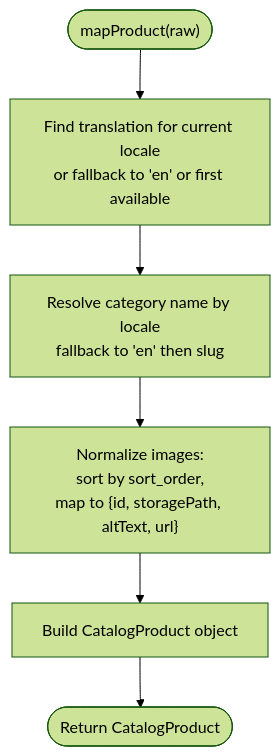
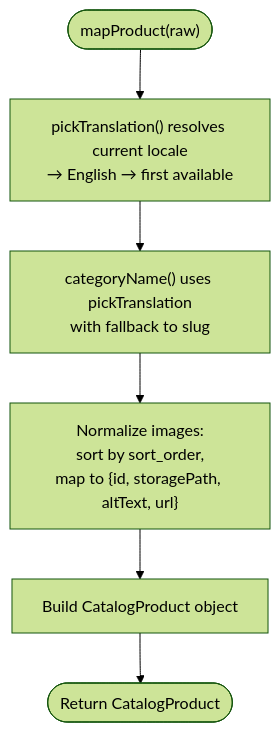
The third of 9 diagrams in .qoder/repowiki/en/content/Business Logic & Composables/Catalog Composable.md (RaccoonPie-314/Raccoon-Gear-Bin), drawn with Mermaid (forest theme) before and after one commit. The commit also changed other lines of this file and 65 other files, not shown here.

````diff
--- a/.qoder/repowiki/en/content/Business Logic & Composables/Catalog Composable.md
+++ b/.qoder/repowiki/en/content/Business Logic & Composables/Catalog Composable.md
@@ -150,8 +157,8 @@
 ```mermaid
 flowchart TD
-Start(["mapProduct(raw)"]) --> FindTranslation["Find translation for current locale<br/>or fallback to 'en' or first available"]
-FindTranslation --> ResolveCategoryName["Resolve category name by locale<br/>fallback to 'en' then slug"]
+Start(["mapProduct(raw)"]) --> FindTranslation["pickTranslation() resolves current locale<br/>→ English → first available"]
+FindTranslation --> ResolveCategoryName["categoryName() uses pickTranslation<br/>with fallback to slug"]
 ResolveCategoryName --> NormalizeImages["Normalize images:<br/>sort by sort_order,<br/>map to {id, storagePath, altText, url}"]
 NormalizeImages --> BuildObject["Build CatalogProduct object"]
 BuildObject --> End(["Return CatalogProduct"])
 ```
````
